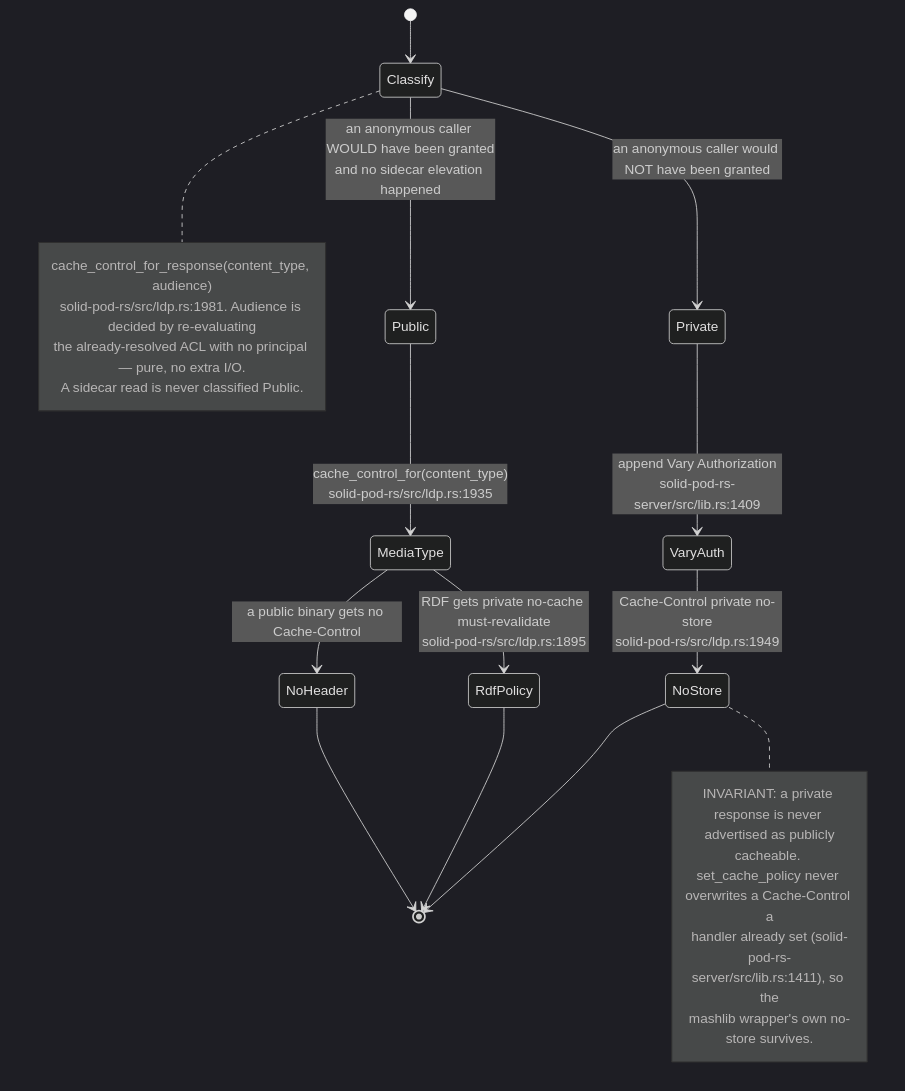
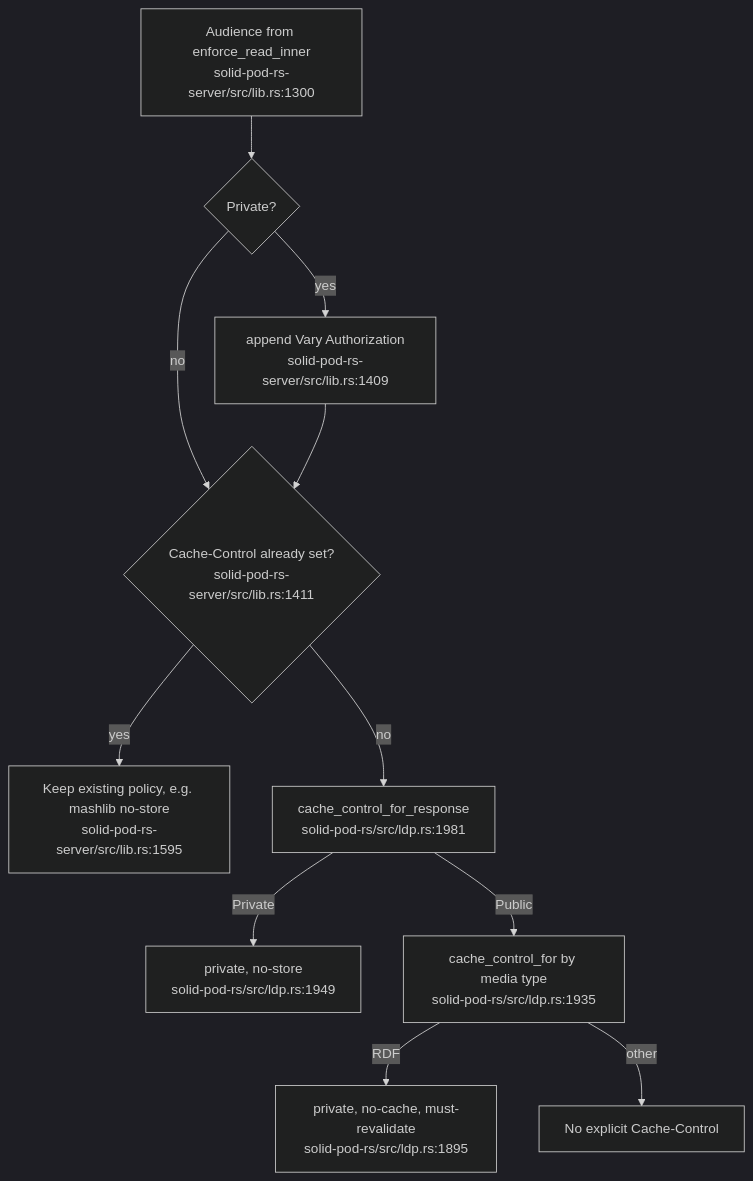
Before and after one commit to DreamLab-AI/VisionFlow: diagram 11 of 11 in docs/diagrams/solid-pod-rs/03-ldp-request-lifecycle.md, drawn with Mermaid (dark theme). The commit also changed other lines of this file and 30 other files, not shown here.

Commit message:
docs: audit Solid HTTP ACL admission and delivery contracts

````diff
--- a/docs/diagrams/solid-pod-rs/03-ldp-request-lifecycle.md
+++ b/docs/diagrams/solid-pod-rs/03-ldp-request-lifecycle.md
@@ -326,29 +330,13 @@
 ```mermaid
-stateDiagram-v2
-    [*] --> Classify
-    Classify --> Private: an anonymous caller would NOT have been granted
-    Classify --> Public: an anonymous caller WOULD have been granted<br/>and no sidecar elevation happened
-
-    Private --> VaryAuth: append Vary Authorization<br/>solid-pod-rs-server/src/lib.rs:1409
-    VaryAuth --> NoStore: Cache-Control private no-store<br/>solid-pod-rs/src/ldp.rs:1949
-    Public --> MediaType: cache_control_for(content_type)<br/>solid-pod-rs/src/ldp.rs:1935
-    MediaType --> RdfPolicy: RDF gets private no-cache must-revalidate<br/>solid-pod-rs/src/ldp.rs:1895
-    MediaType --> NoHeader: a public binary gets no Cache-Control
-
-    NoStore --> [*]
-    RdfPolicy --> [*]
-    NoHeader --> [*]
-
-    note right of Classify
-      cache_control_for_response(content_type, audience)
-      solid-pod-rs/src/ldp.rs:1981. Audience is decided by re-evaluating
-      the already-resolved ACL with no principal — pure, no extra I/O.
-      A sidecar read is never classified Public.
-    end note
-    note right of NoStore
-      INVARIANT: a private response is never advertised as publicly
-      cacheable. set_cache_policy never overwrites a Cache-Control a
-      handler already set (solid-pod-rs-server/src/lib.rs:1411), so the
-      mashlib wrapper's own no-store survives.
-    end note
+flowchart TD
+    A["Audience from enforce_read_inner<br/>solid-pod-rs-server/src/lib.rs:1300"] --> PRIVATE{"Private?"}
+    PRIVATE -- yes --> V["append Vary Authorization<br/>solid-pod-rs-server/src/lib.rs:1409"]
+    PRIVATE -- no --> EXIST
+    V --> EXIST{"Cache-Control already set?<br/>solid-pod-rs-server/src/lib.rs:1411"}
+    EXIST -- yes --> KEEP["Keep existing policy, e.g. mashlib no-store<br/>solid-pod-rs-server/src/lib.rs:1595"]
+    EXIST -- no --> POLICY["cache_control_for_response<br/>solid-pod-rs/src/ldp.rs:1981"]
+    POLICY -- Private --> NS["private, no-store<br/>solid-pod-rs/src/ldp.rs:1949"]
+    POLICY -- Public --> MEDIA["cache_control_for by media type<br/>solid-pod-rs/src/ldp.rs:1935"]
+    MEDIA -- RDF --> RDF["private, no-cache, must-revalidate<br/>solid-pod-rs/src/ldp.rs:1895"]
+    MEDIA -- other --> NONE["No explicit Cache-Control"]
 ```
````
